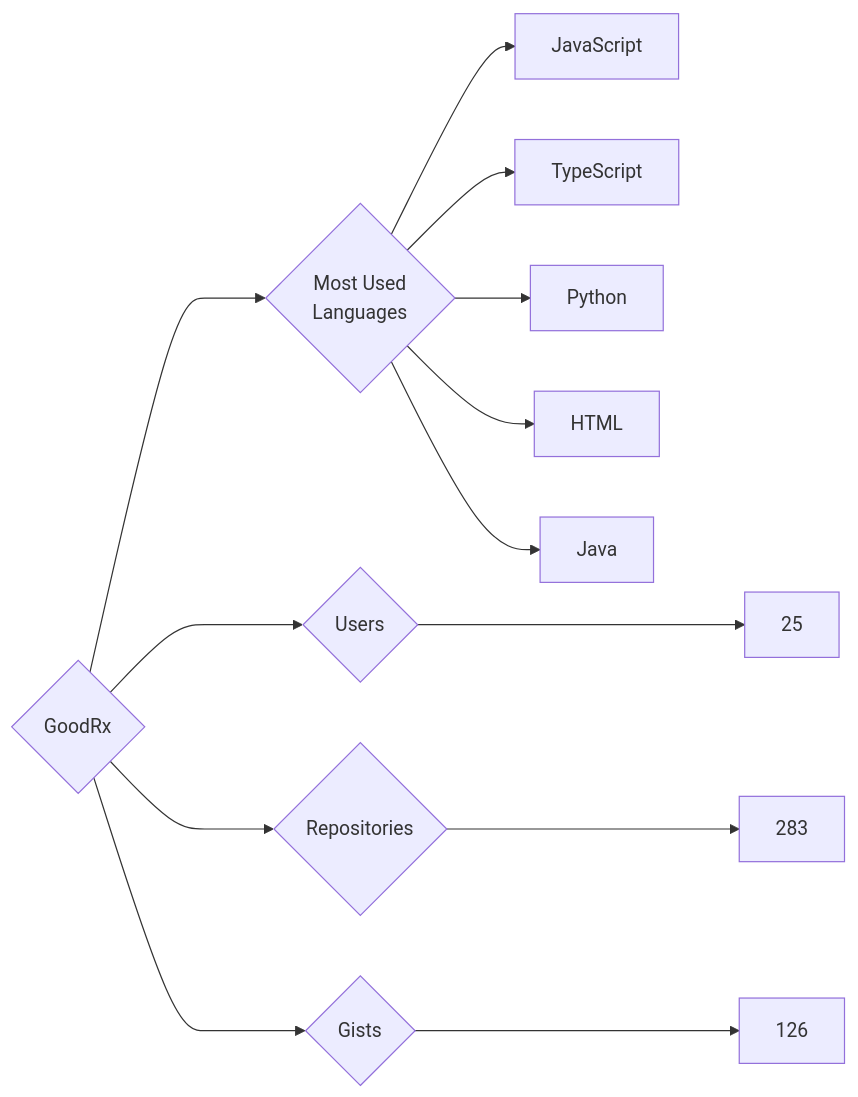
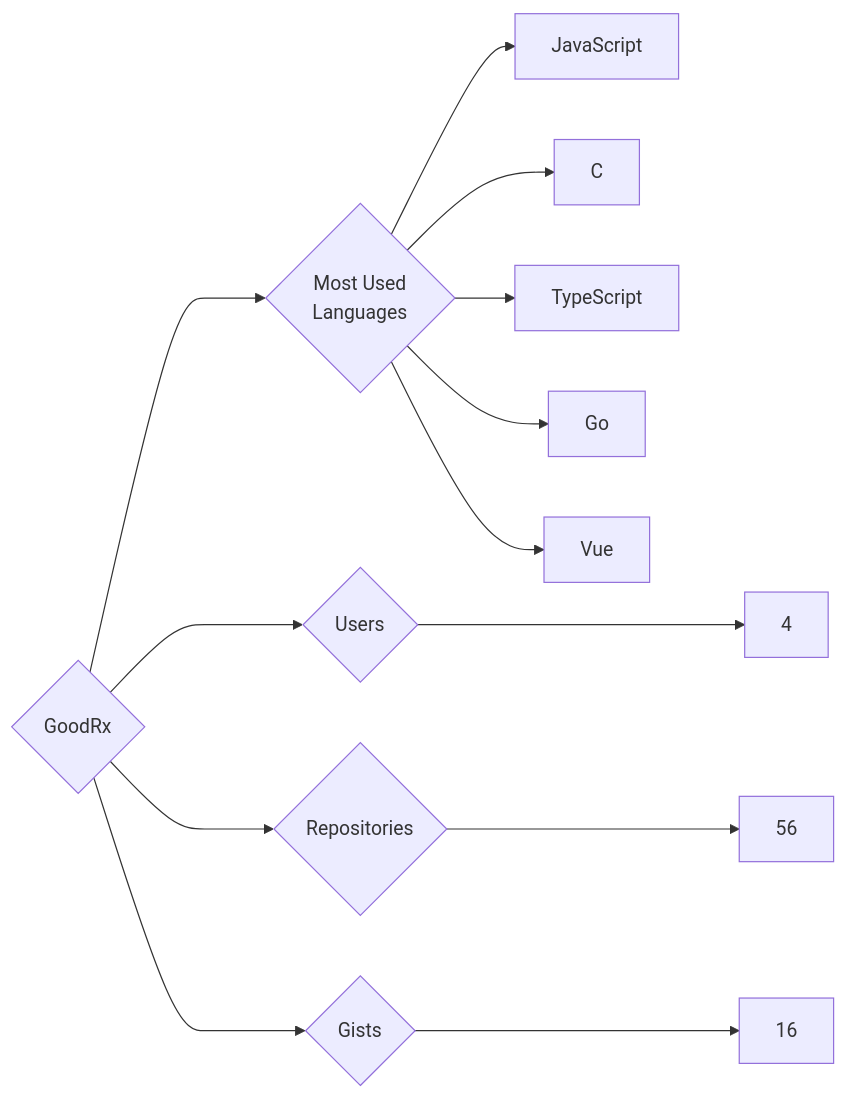
The diagram in targets/GoodRx/README.md (trickest/insiders), drawn with Mermaid before and after one commit. The commit also changed 826 other files, not shown here.

````diff
--- a/targets/GoodRx/README.md
+++ b/targets/GoodRx/README.md
@@ -3,13 +3,13 @@
 ```mermaid
 graph LR
 COMPANY_NAME{GoodRx}
-COMPANY_NAME ---> U{Users} ---> UN[25]
-COMPANY_NAME ---> R{Repositories} ---> RN[283]
-COMPANY_NAME ---> G{Gists} ---> GN[126]
+COMPANY_NAME ---> U{Users} ---> UN[4]
+COMPANY_NAME ---> R{Repositories} ---> RN[56]
+COMPANY_NAME ---> G{Gists} ---> GN[16]
 COMPANY_NAME ---> ML{Most Used<br>Languages}
 ML --> JavaScript[JavaScript]
+ML --> C[C]
 ML --> TypeScript[TypeScript]
-ML --> Python[Python]
-ML --> HTML[HTML]
-ML --> Java[Java]
+ML --> Go[Go]
+ML --> Vue[Vue]
 ```
````
